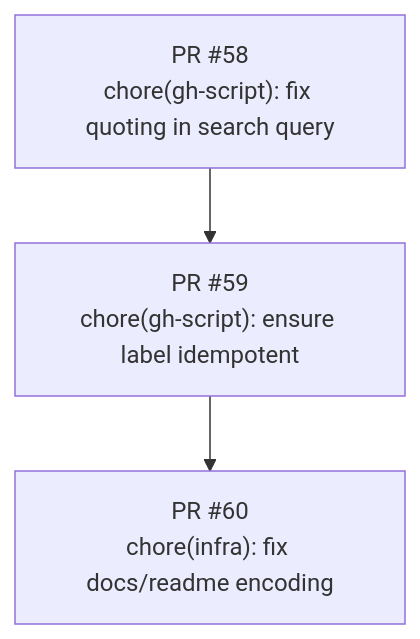
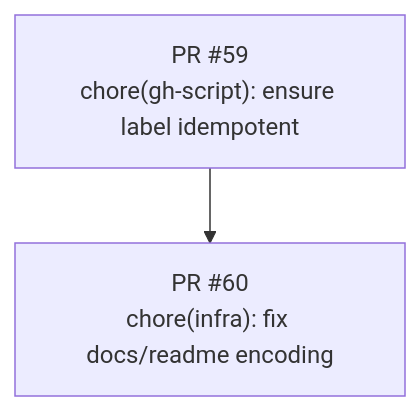
One commit to revton/car-fuel changed the diagram in docs/stack-plan/STACK-PR-PLAN.md. Above: the diagram before and after it, drawn with Mermaid.

Commit message:
docs(stack): update Mermaid stack graph

````diff
--- a/docs/stack-plan/STACK-PR-PLAN.md
+++ b/docs/stack-plan/STACK-PR-PLAN.md
@@ -6,11 +6,8 @@
 ```mermaid
 flowchart TD
   pr60["PR #60
 chore(infra): fix docs/readme encoding"]
   pr59["PR #59
 chore(gh-script): ensure label idempotent"]
-  pr58["PR #58
-chore(gh-script): fix quoting in search query"]
   pr59 --> pr60
-  pr58 --> pr59
 ```
````
